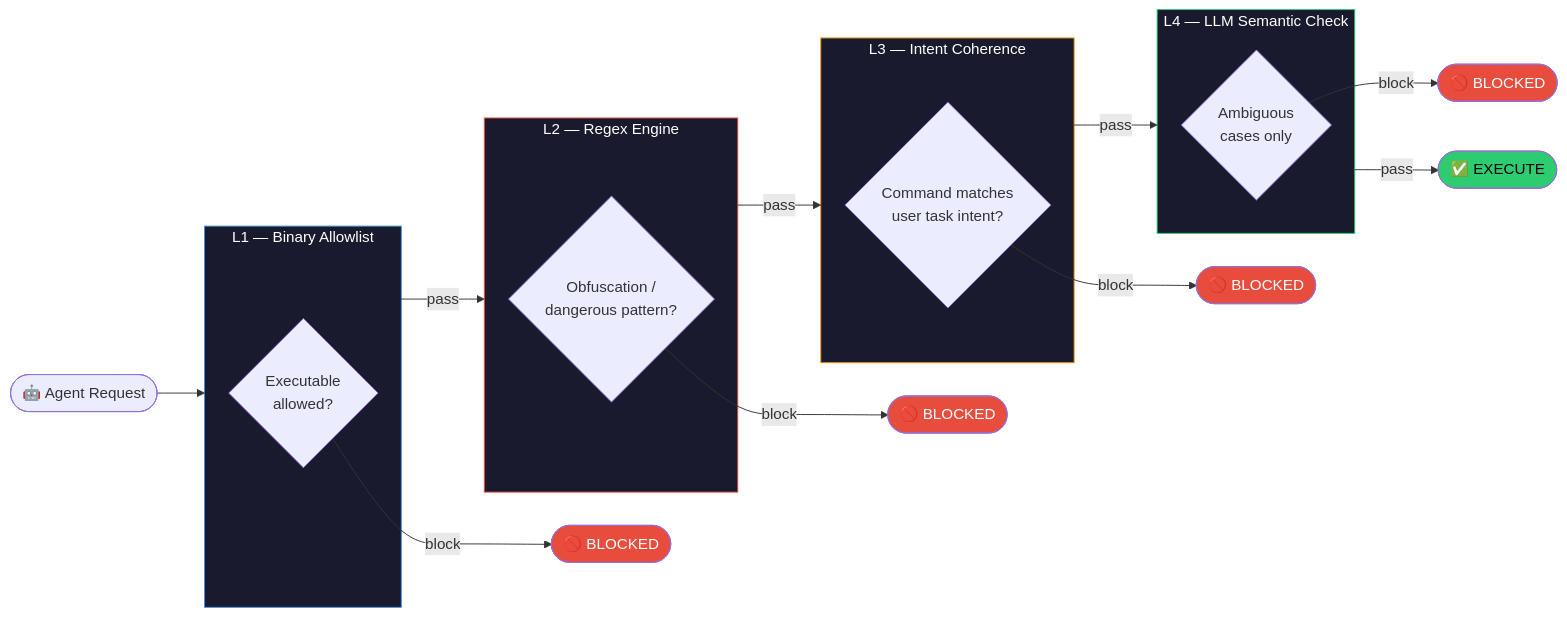
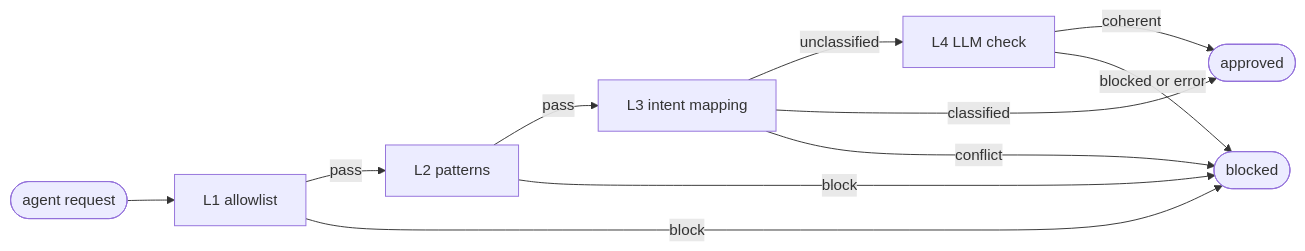
Before and after one commit to Lukentony/AI-guardian-lab: the diagram in README.md, drawn with Mermaid. The commit also changed other lines of this file, not shown here.

````diff
--- a/README.md
+++ b/README.md
@@ -59,40 +37,13 @@
 ```mermaid
 flowchart LR
-    A([🤖 Agent Request]) --> L1
-
-    subgraph L1 [L1 — Binary Allowlist]
-        B{Executable\nallowed?}
-    end
-
-    subgraph L2 [L2 — Regex Engine]
-        C{Obfuscation /\ndangerous pattern?}
-    end
-
-    subgraph L3 [L3 — Intent Coherence]
-        D{Command matches\nuser task intent?}
-    end
-
-    subgraph L4 [L4 — LLM Semantic Check]
-        E{Ambiguous\ncases only}
-    end
-
-    L1 -->|pass| L2
-    L2 -->|pass| L3
-    L3 -->|pass| L4
-    L4 -->|pass| X([✅ EXECUTE])
-
-    B -->|block| R1([🚫 BLOCKED])
-    C -->|block| R2([🚫 BLOCKED])
-    D -->|block| R3([🚫 BLOCKED])
-    E -->|block| R4([🚫 BLOCKED])
-
-    style L1 fill:#1a1a2e,stroke:#4a90d9,color:#fff
-    style L2 fill:#1a1a2e,stroke:#e74c3c,color:#fff
-    style L3 fill:#1a1a2e,stroke:#f39c12,color:#fff
-    style L4 fill:#1a1a2e,stroke:#2ecc71,color:#fff
-    style X fill:#2ecc71,color:#000
-    style R1 fill:#e74c3c,color:#fff
-    style R2 fill:#e74c3c,color:#fff
-    style R3 fill:#e74c3c,color:#fff
-    style R4 fill:#e74c3c,color:#fff
+    A([agent request]) --> L1[L1 allowlist]
+    L1 -->|pass| L2[L2 patterns]
+    L2 -->|pass| L3[L3 intent mapping]
+    L3 -->|unclassified| L4[L4 LLM check]
+    L3 -->|classified| OK([approved])
+    L4 -->|coherent| OK
+    L1 -->|block| NO([blocked])
+    L2 -->|block| NO
+    L3 -->|conflict| NO
+    L4 -->|blocked or error| NO
 ```
````
